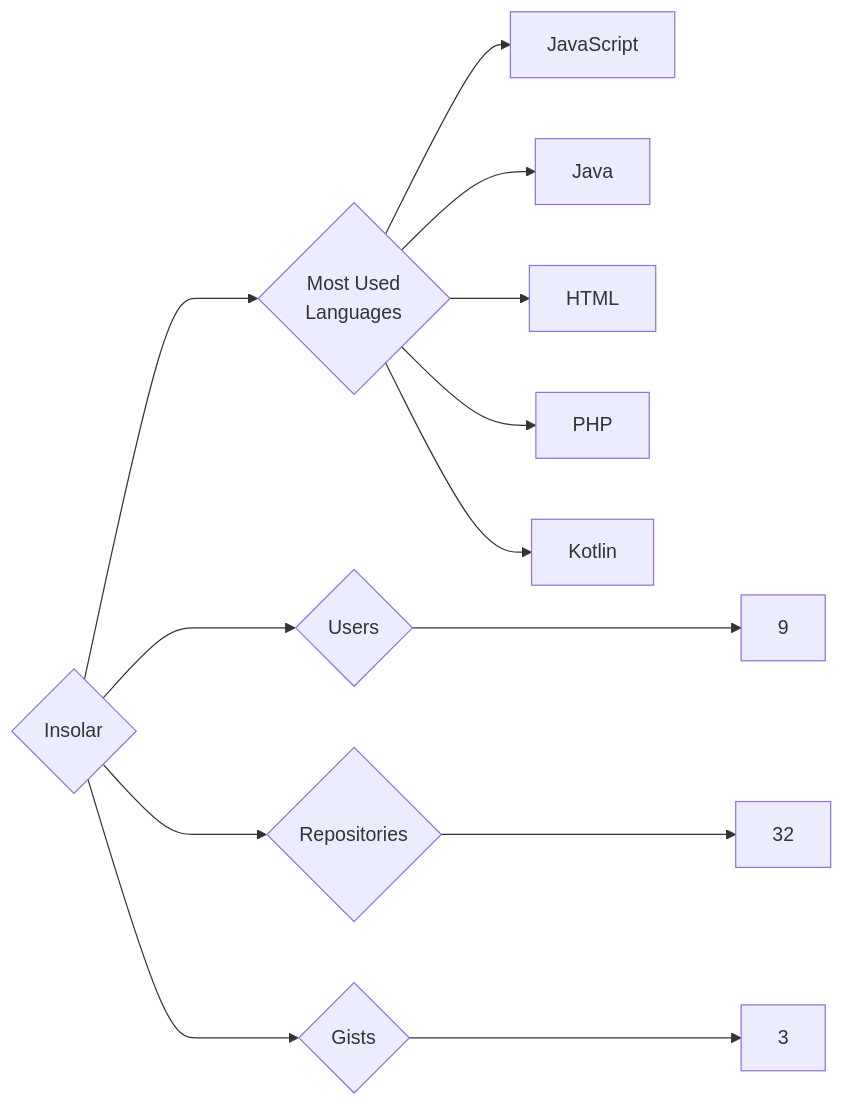
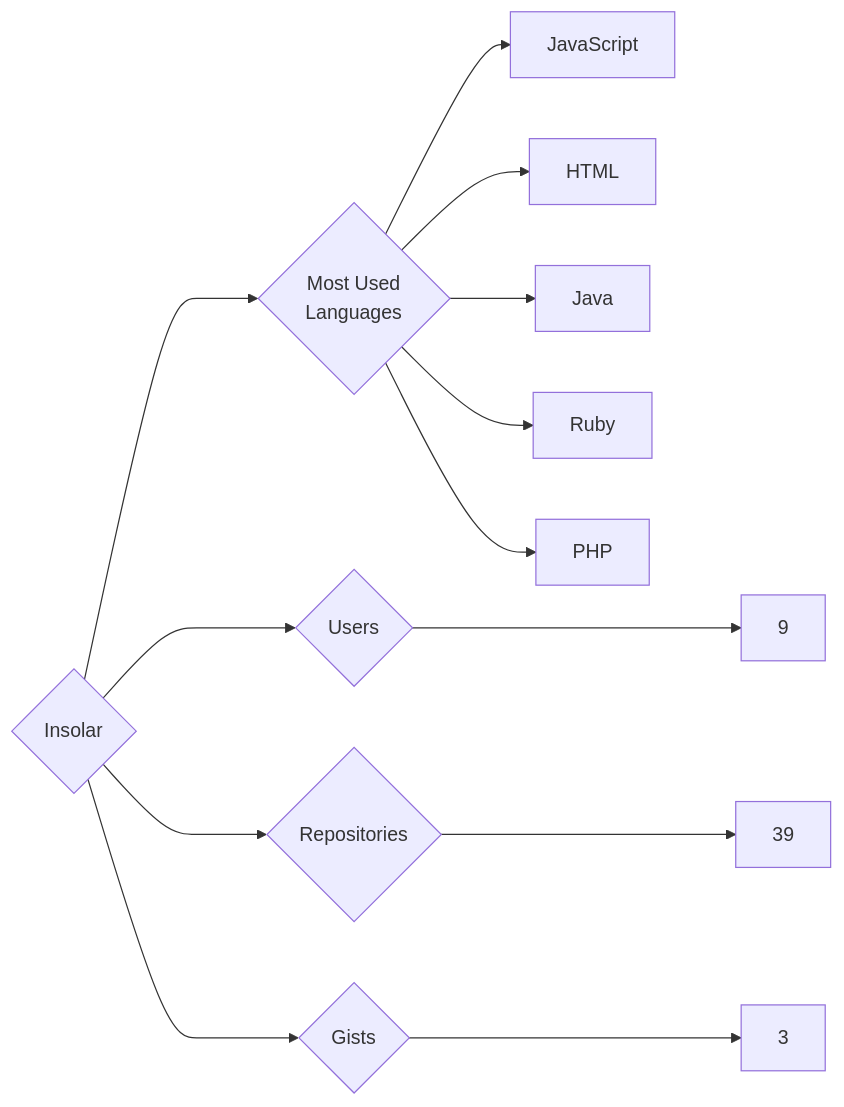
One commit to trickest/insiders changed the diagram in targets/Insolar/README.md. Above: the diagram before and after it, drawn with Mermaid. The commit also changed 1120 other files, not shown here.

````diff
--- a/targets/Insolar/README.md
+++ b/targets/Insolar/README.md
@@ -3,13 +3,13 @@
 ```mermaid
 graph LR
 COMPANY_NAME{Insolar}
 COMPANY_NAME ---> U{Users} ---> UN[9]
-COMPANY_NAME ---> R{Repositories} ---> RN[32]
+COMPANY_NAME ---> R{Repositories} ---> RN[39]
 COMPANY_NAME ---> G{Gists} ---> GN[3]
 COMPANY_NAME ---> ML{Most Used<br>Languages}
 ML --> JavaScript[JavaScript]
+ML --> HTML[HTML]
 ML --> Java[Java]
-ML --> HTML[HTML]
+ML --> Ruby[Ruby]
 ML --> PHP[PHP]
-ML --> Kotlin[Kotlin]
 ```
````
